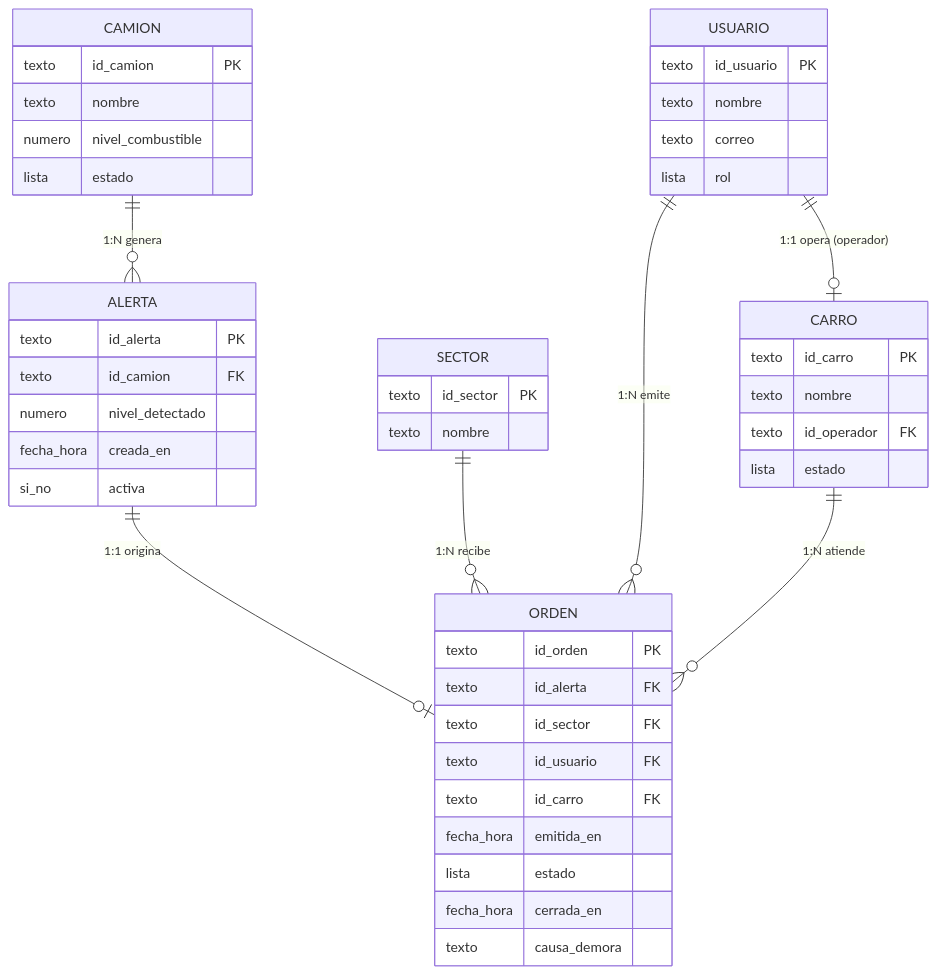
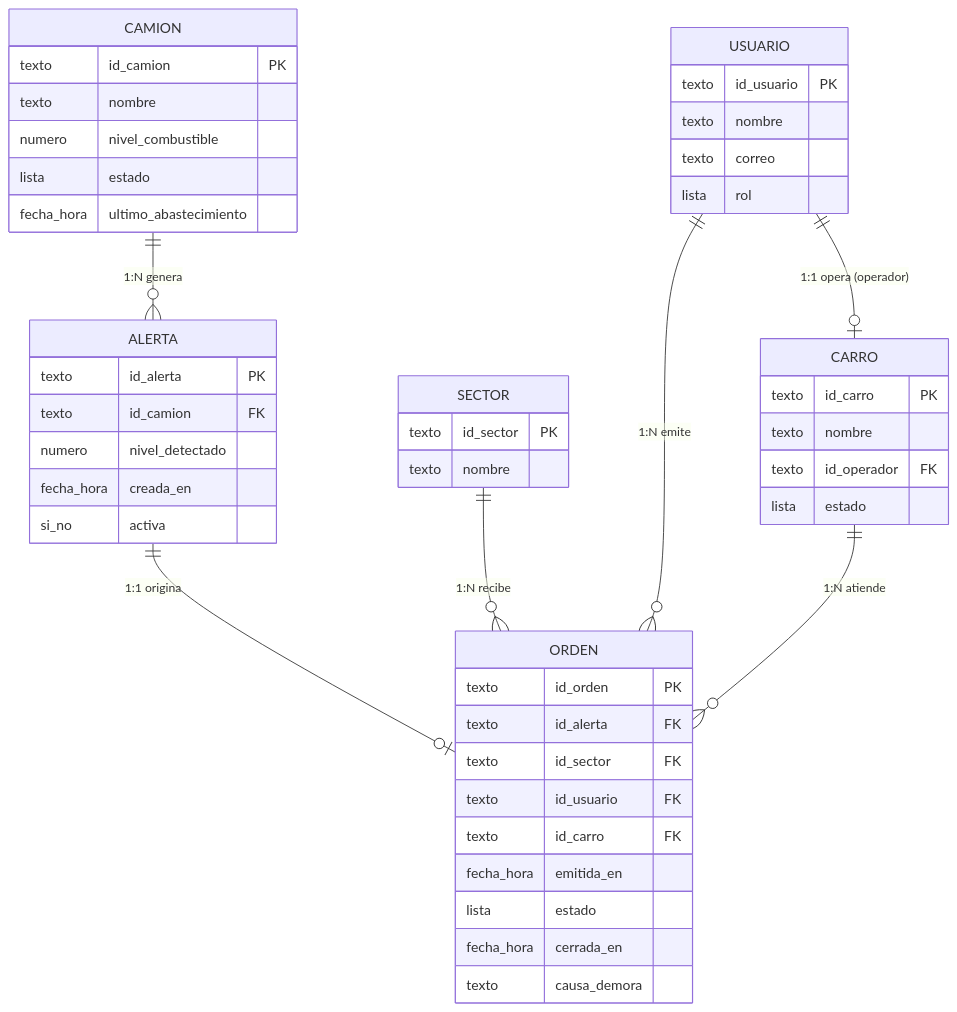
One commit to Panabless/GRUPO-3-ELECTIVO-IA changed the diagram in docs/datos/estructura_datos.md. Above: the diagram before and after it, drawn with Mermaid. The commit also changed other lines of this file, not shown here.

````diff
--- a/docs/datos/estructura_datos.md
+++ b/docs/datos/estructura_datos.md
@@ -5,50 +5,51 @@
 ```mermaid
 erDiagram
     CAMION ||--o{ ALERTA : "1:N genera"
     ALERTA ||--o| ORDEN : "1:1 origina"
     SECTOR ||--o{ ORDEN : "1:N recibe"
     USUARIO ||--o{ ORDEN : "1:N emite"
     CARRO ||--o{ ORDEN : "1:N atiende"
     USUARIO ||--o| CARRO : "1:1 opera (operador)"
 
     CAMION {
         texto id_camion PK
         texto nombre
         numero nivel_combustible
         lista estado
+        fecha_hora ultimo_abastecimiento
     }
     SECTOR {
         texto id_sector PK
         texto nombre
     }
     USUARIO {
         texto id_usuario PK
         texto nombre
         texto correo
         lista rol
     }
     CARRO {
         texto id_carro PK
         texto nombre
         texto id_operador FK
         lista estado
     }
     ALERTA {
         texto id_alerta PK
         texto id_camion FK
         numero nivel_detectado
         fecha_hora creada_en
         si_no activa
     }
     ORDEN {
         texto id_orden PK
         texto id_alerta FK
         texto id_sector FK
         texto id_usuario FK
         texto id_carro FK
         fecha_hora emitida_en
         lista estado
         fecha_hora cerrada_en
         texto causa_demora
     }
 ```
````
